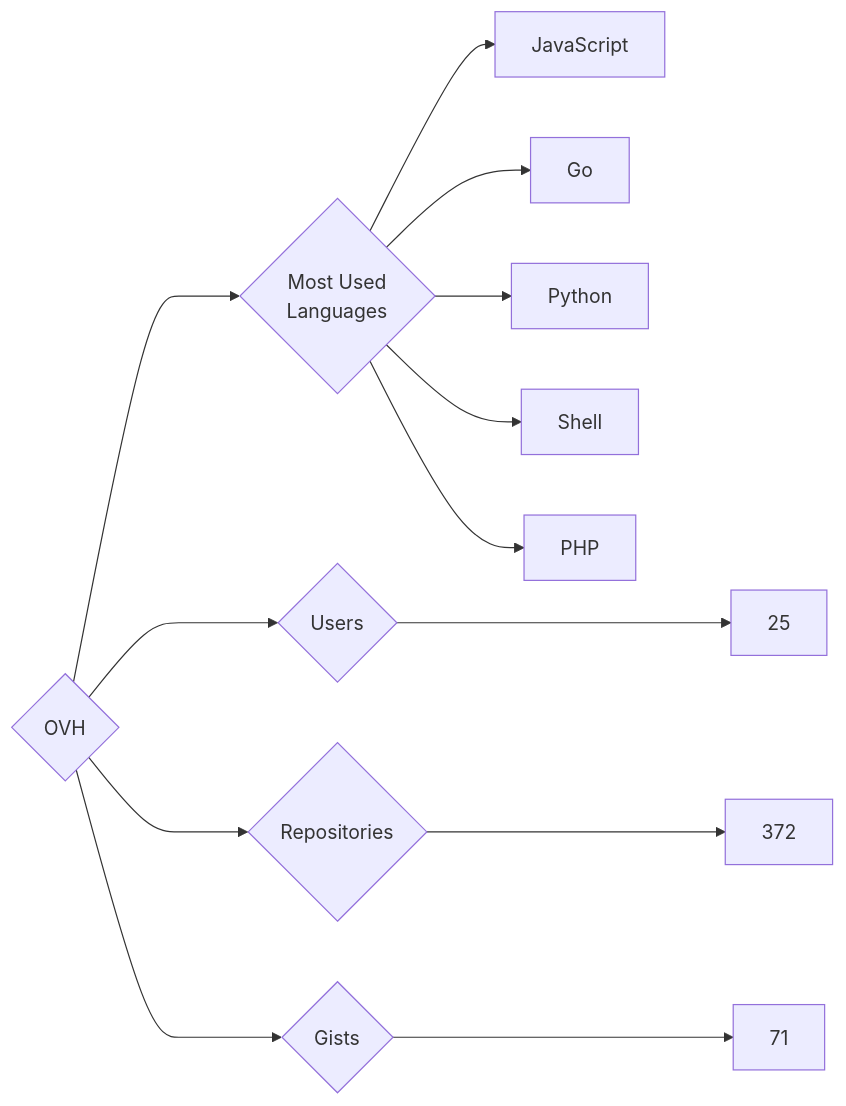
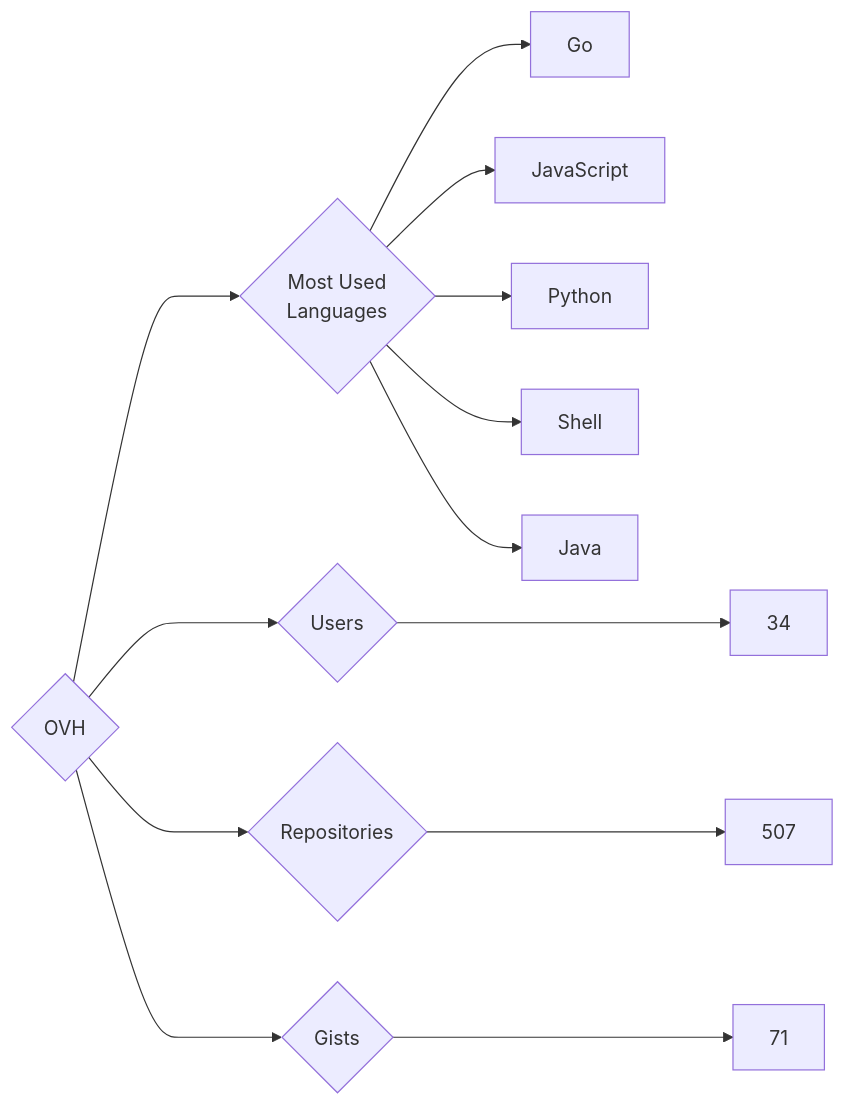
The diagram in targets/OVH/README.md (trickest/insiders), drawn with Mermaid before and after one commit. The commit also changed 770 other files, not shown here.

````diff
--- a/targets/OVH/README.md
+++ b/targets/OVH/README.md
@@ -3,13 +3,13 @@
 ```mermaid
 graph LR
 COMPANY_NAME{OVH}
-COMPANY_NAME ---> U{Users} ---> UN[25]
-COMPANY_NAME ---> R{Repositories} ---> RN[372]
+COMPANY_NAME ---> U{Users} ---> UN[34]
+COMPANY_NAME ---> R{Repositories} ---> RN[507]
 COMPANY_NAME ---> G{Gists} ---> GN[71]
 COMPANY_NAME ---> ML{Most Used<br>Languages}
+ML --> Go[Go]
 ML --> JavaScript[JavaScript]
-ML --> Go[Go]
 ML --> Python[Python]
 ML --> Shell[Shell]
-ML --> PHP[PHP]
+ML --> Java[Java]
 ```
````
